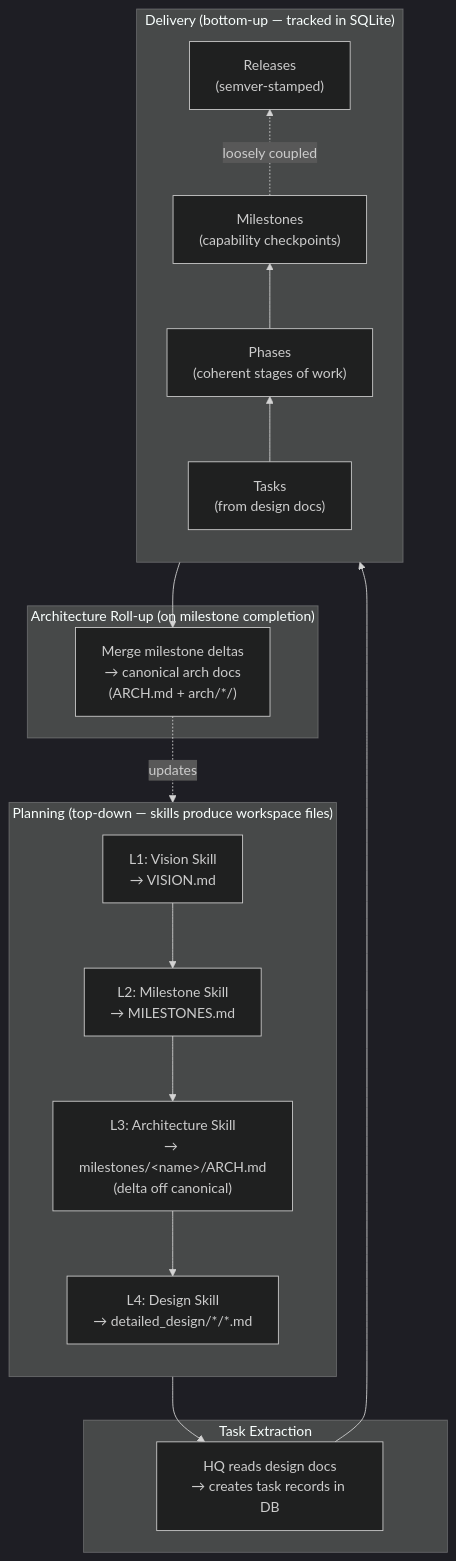
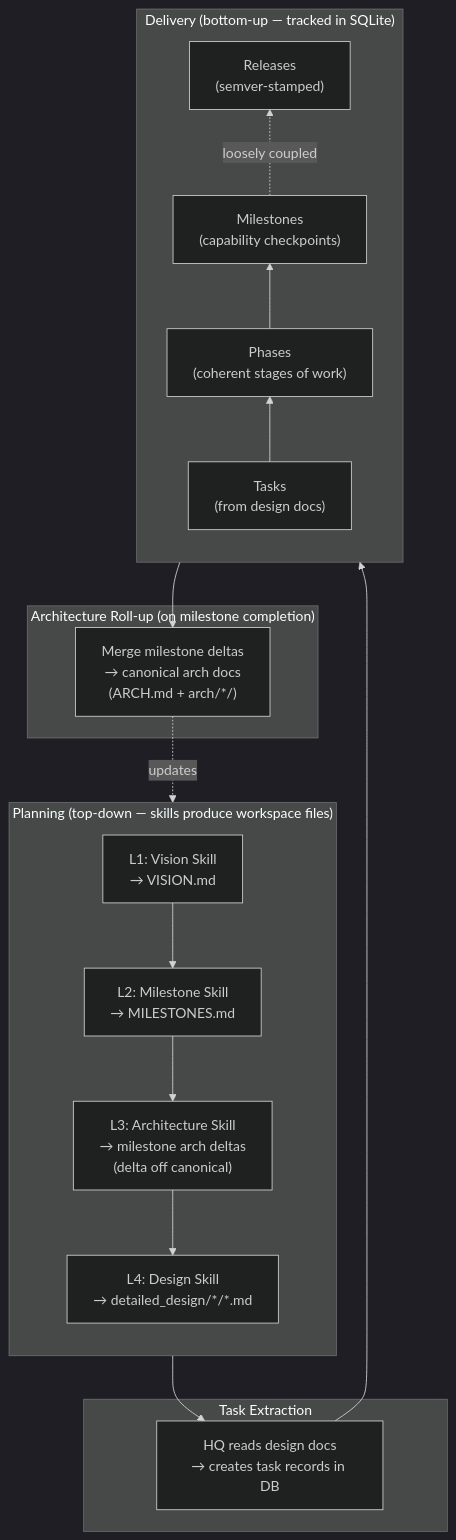
The second of 5 diagrams in docs/ARCH.md (operator-auteng-ai/hq), drawn with Mermaid (dark theme) before and after one commit. The commit also changed other lines of this file, not shown here.

Commit message:
fix: remove HTML entities from ARCH.md mermaid diagrams
Replace &lt;name&gt; in sequence diagram and graph labels with plain
text to fix mermaid parse errors.

````diff
--- a/docs/ARCH.md
+++ b/docs/ARCH.md
@@ -45,32 +45,32 @@
 ```mermaid
 graph TB
     subgraph Planning["Planning (top-down — skills produce workspace files)"]
         direction TB
         V["L1: Vision Skill<br/>→ VISION.md"]
         M["L2: Milestone Skill<br/>→ MILESTONES.md"]
-        A["L3: Architecture Skill<br/>→ milestones/&lt;name&gt;/ARCH.md<br/>(delta off canonical)"]
+        A["L3: Architecture Skill<br/>→ milestone arch deltas<br/>(delta off canonical)"]
         D["L4: Design Skill<br/>→ detailed_design/*/*.md"]
         V --> M --> A --> D
     end
 
     subgraph Bridge["Task Extraction"]
         TE["HQ reads design docs<br/>→ creates task records in DB"]
     end
 
     subgraph Delivery["Delivery (bottom-up — tracked in SQLite)"]
         direction BT
         T["Tasks<br/>(from design docs)"]
         P["Phases<br/>(coherent stages of work)"]
         MS["Milestones<br/>(capability checkpoints)"]
         R["Releases<br/>(semver-stamped)"]
         T --> P --> MS -.->|"loosely coupled"| R
     end
 
     subgraph Rollup["Architecture Roll-up (on milestone completion)"]
         RU["Merge milestone deltas<br/>→ canonical arch docs<br/>(ARCH.md + arch/*/)"]
     end
 
     D --> TE --> T
     MS --> RU
     RU -.->|"updates"| A
 ```
````
